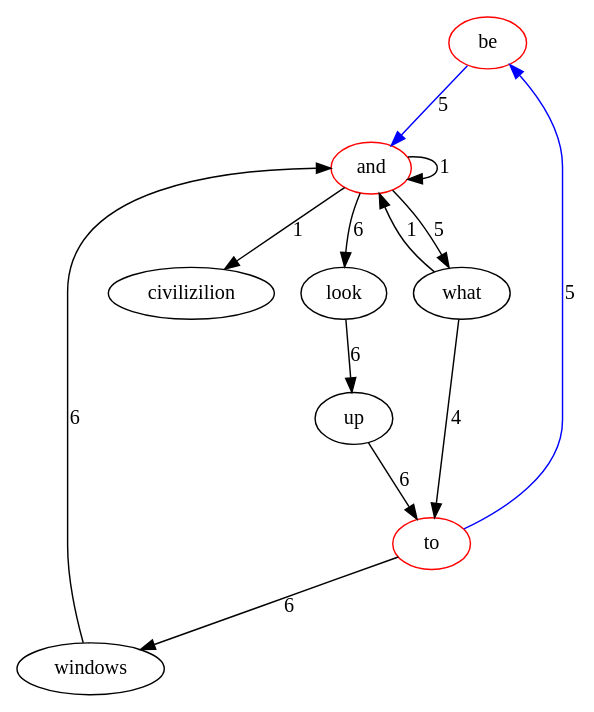
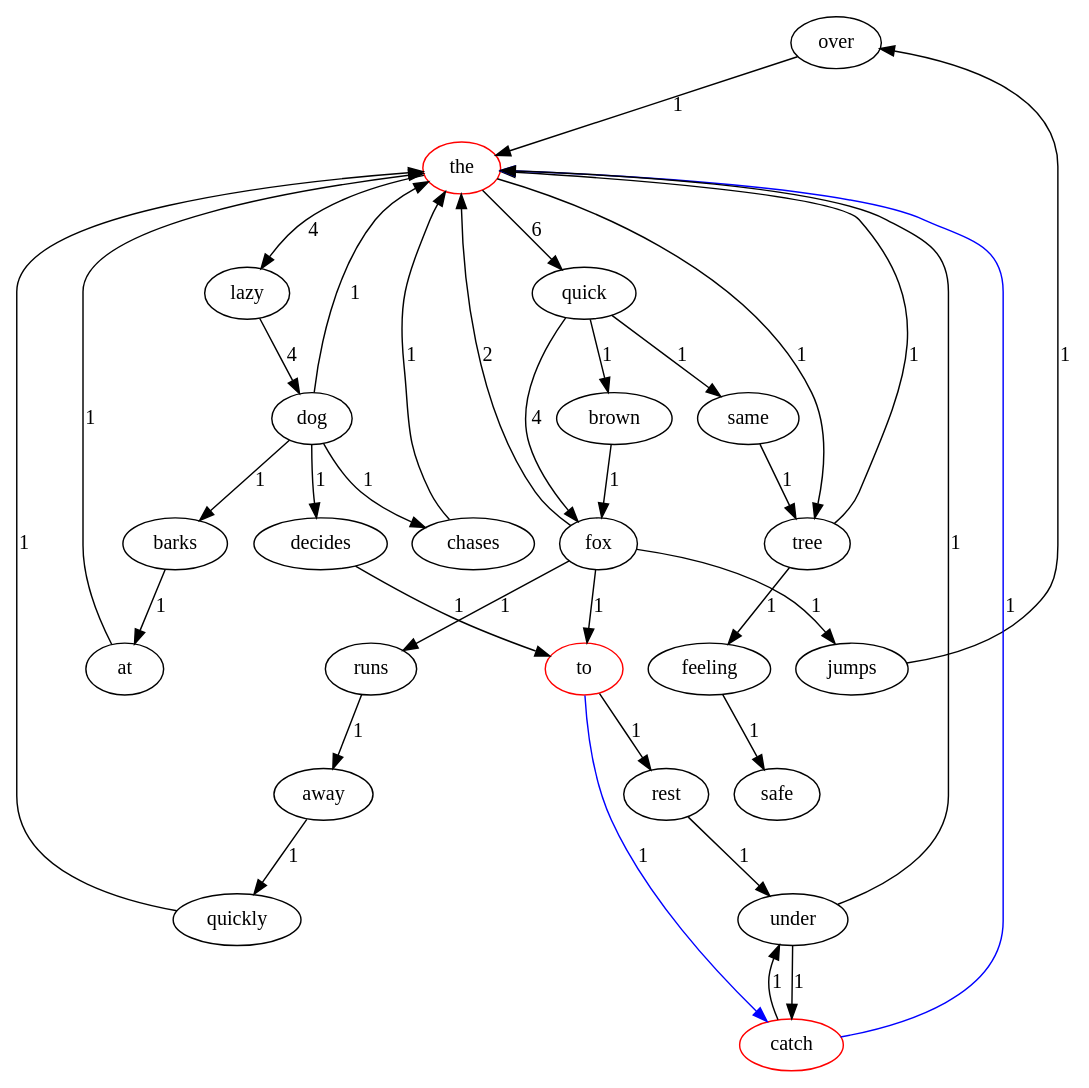
The diagram in shortest_pathto1.gv (coke1234567/Lab1-2021111647), drawn with Graphviz before and after one commit. The commit also changed 6 other files, not shown here.

```diff
--- a/shortest_pathto1.gv
+++ b/shortest_pathto1.gv
@@ -1,22 +1,61 @@
 digraph G{
-be [color=red];
-what;
-civilizilion;
-and [color=red];
+over;
+rest;
+quick;
+away;
+lazy;
+quickly;
+decides;
+tree;
+jumps;
+barks;
+feeling;
+brown;
+fox;
+the [color=red];
+chases;
+same;
+at;
+safe;
 to [color=red];
-up;
-windows;
-look;
-be->and[label=5, color=blue];
-what->and[label=1];
-what->to[label=4];
-and->what[label=5];
-and->civilizilion[label=1];
-and->and[label=1];
-and->look[label=6];
-to->be[label=5, color=blue];
-to->windows[label=6];
-up->to[label=6];
-windows->and[label=6];
-look->up[label=6];
+catch [color=red];
+under;
+dog;
+runs;
+over->the[label=1];
+rest->under[label=1];
+quick->same[label=1];
+quick->brown[label=1];
+quick->fox[label=4];
+away->quickly[label=1];
+lazy->dog[label=4];
+quickly->the[label=1];
+decides->to[label=1];
+tree->the[label=1];
+tree->feeling[label=1];
+jumps->over[label=1];
+barks->at[label=1];
+feeling->safe[label=1];
+brown->fox[label=1];
+fox->the[label=2];
+fox->jumps[label=1];
+fox->to[label=1];
+fox->runs[label=1];
+the->quick[label=6];
+the->lazy[label=4];
+the->tree[label=1];
+chases->the[label=1];
+at->the[label=1];
+same->tree[label=1];
+to->rest[label=1];
+to->catch[label=1, color=blue];
+catch->the[label=1, color=blue];
+catch->under[label=1];
+under->the[label=1];
+under->catch[label=1];
+dog->the[label=1];
+dog->chases[label=1];
+dog->decides[label=1];
+dog->barks[label=1];
+runs->away[label=1];
 }
```
